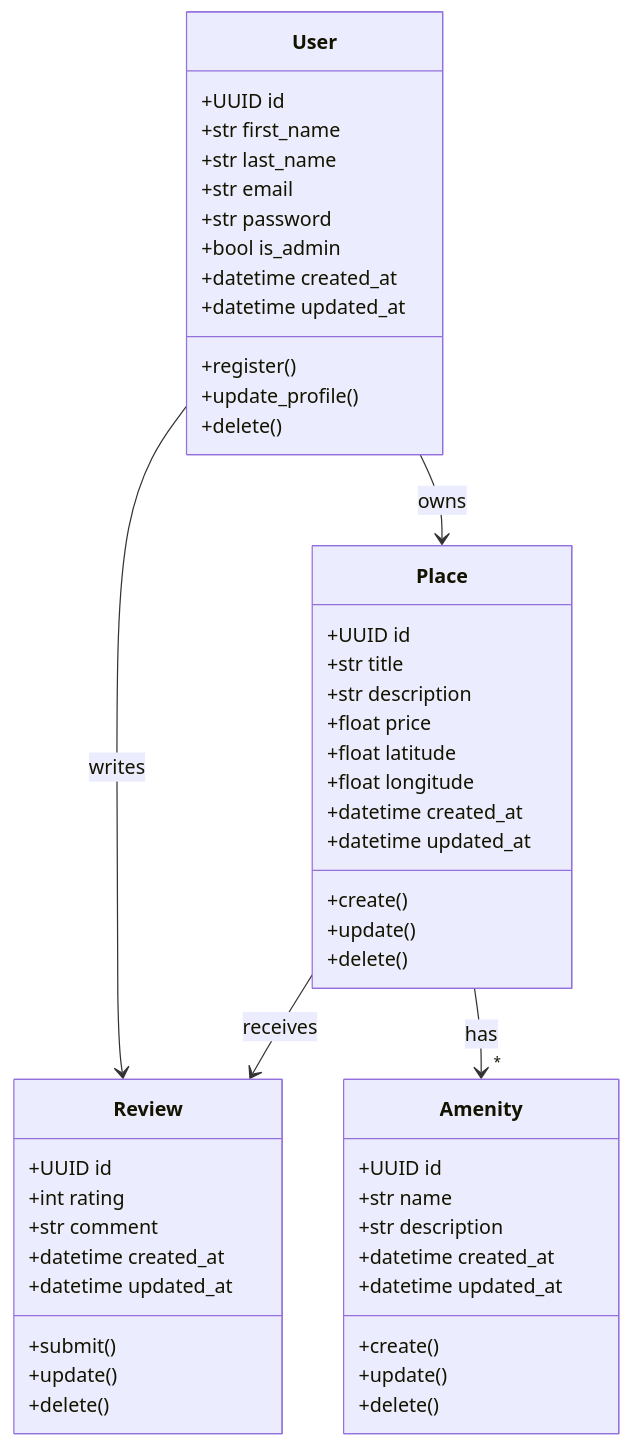
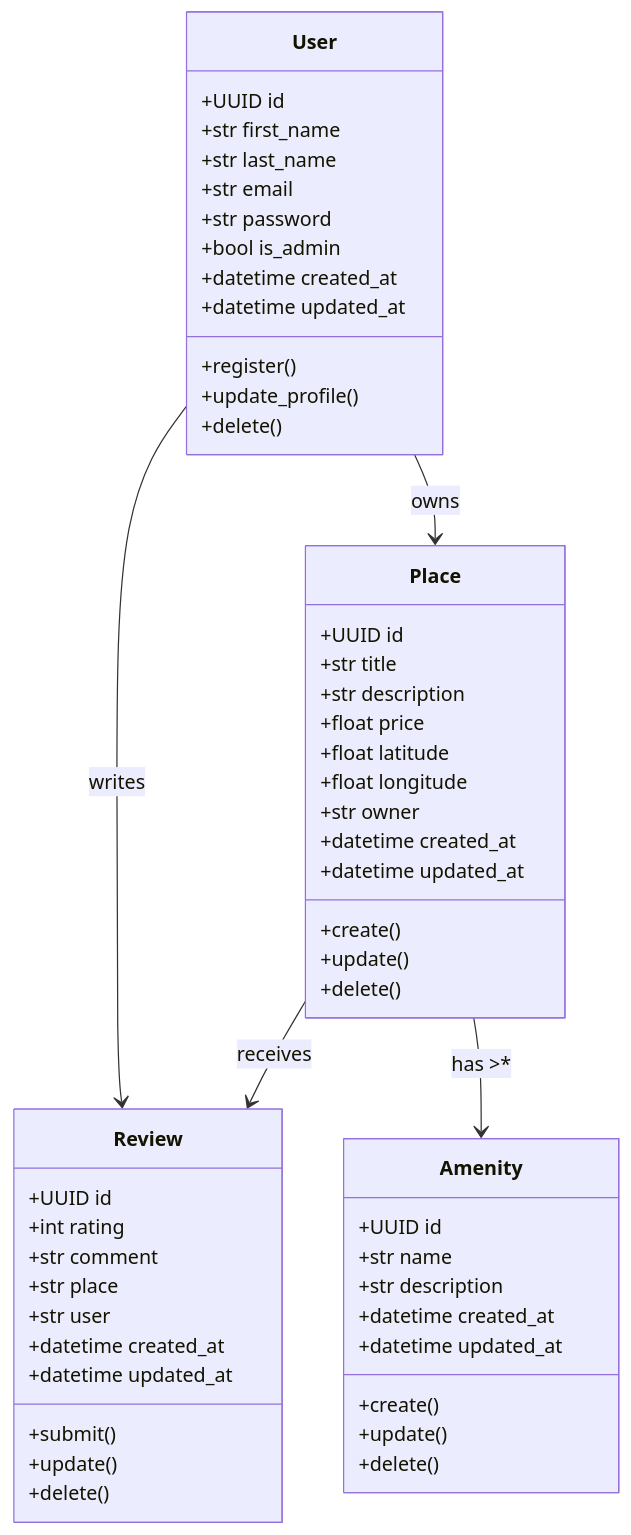
Before and after one commit to Roullito/holbertonschool-hbnb: the first of 5 diagrams in part1/README.md, drawn with Mermaid. The commit also changed other lines of this file, not shown here.

````diff
--- a/part1/README.md
+++ b/part1/README.md
@@ -64,53 +26,57 @@
 ```mermaid
 classDiagram
 class User {
   +UUID id
   +str first_name
   +str last_name
   +str email
   +str password
   +bool is_admin
   +datetime created_at
   +datetime updated_at
   +register()
   +update_profile()
   +delete()
 }
 class Place {
   +UUID id
   +str title
   +str description
   +float price
   +float latitude
   +float longitude
+  +str owner
   +datetime created_at
   +datetime updated_at
   +create()
   +update()
   +delete()
 }
 class Review {
   +UUID id
   +int rating
   +str comment
+  +str place
+  +str user
   +datetime created_at
   +datetime updated_at
   +submit()
   +update()
   +delete()
 }
 class Amenity {
   +UUID id
   +str name
   +str description
   +datetime created_at
   +datetime updated_at
   +create()
   +update()
   +delete()
 }
 User --> Place : owns
 User --> Review : writes
 Place --> Review : receives
-Place --> "*" Amenity : has
+Place --> Amenity : has >*
+
 ```
````
